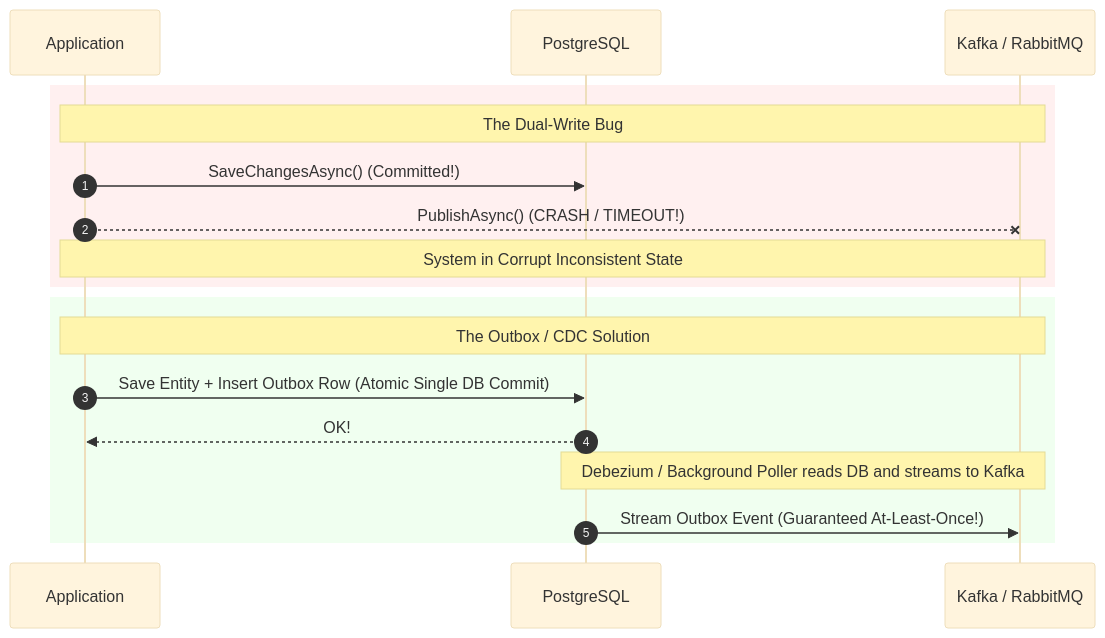
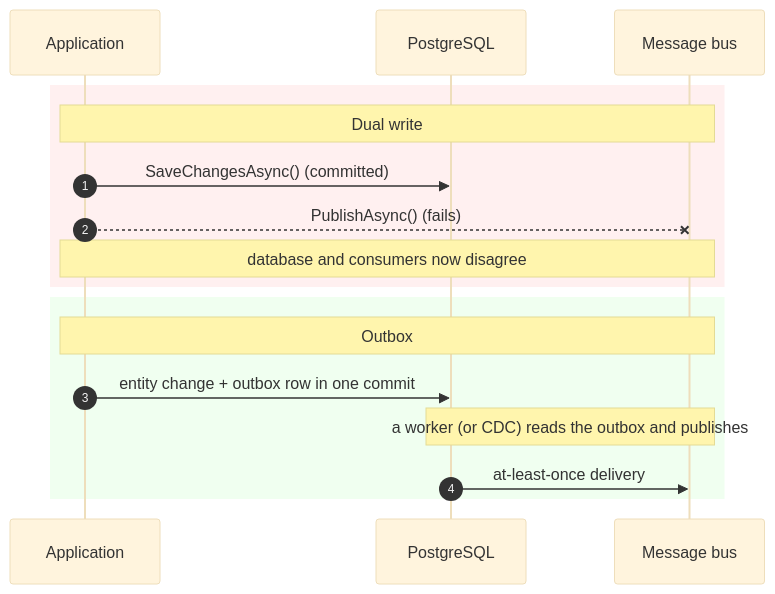
The second of 4 diagrams in educational/04-architect-gold-notes/key-mental-models-for-students.md (maysamgamini/crowdfundinghub), drawn with Mermaid (base theme) before and after one commit. The commit also changed other lines of this file and 203 other files, not shown here.

````diff
--- a/educational/04-architect-gold-notes/key-mental-models-for-students.md
+++ b/educational/04-architect-gold-notes/key-mental-models-for-students.md
@@ -64,22 +55,21 @@
 ```mermaid
 sequenceDiagram
     autonumber
     participant App as Application
     participant DB as PostgreSQL
-    participant Kafka as Kafka / RabbitMQ
+    participant Bus as Message bus
 
     rect rgb(255, 240, 240)
-        Note over App,Kafka: The Dual-Write Bug
-        App->>DB: SaveChangesAsync() (Committed!)
-        App--xKafka: PublishAsync() (CRASH / TIMEOUT!)
-        Note over App,Kafka: System in Corrupt Inconsistent State
+        Note over App,Bus: Dual write
+        App->>DB: SaveChangesAsync() (committed)
+        App--xBus: PublishAsync() (fails)
+        Note over App,Bus: database and consumers now disagree
     end
 
     rect rgb(240, 255, 240)
-        Note over App,Kafka: The Outbox / CDC Solution
-        App->>DB: Save Entity + Insert Outbox Row (Atomic Single DB Commit)
-        DB-->>App: OK!
-        Note over DB,Kafka: Debezium / Background Poller reads DB and streams to Kafka
-        DB->>Kafka: Stream Outbox Event (Guaranteed At-Least-Once!)
+        Note over App,Bus: Outbox
+        App->>DB: entity change + outbox row in one commit
+        Note over DB,Bus: a worker (or CDC) reads the outbox and publishes
+        DB->>Bus: at-least-once delivery
     end
 ```
````
